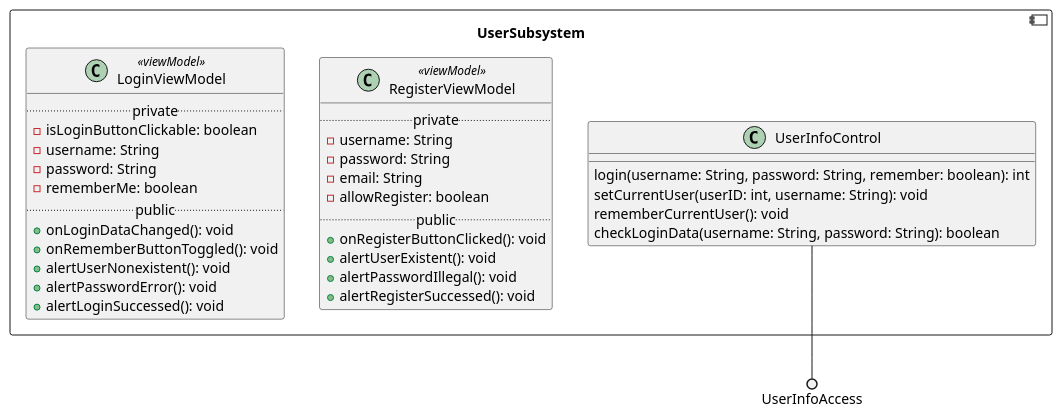
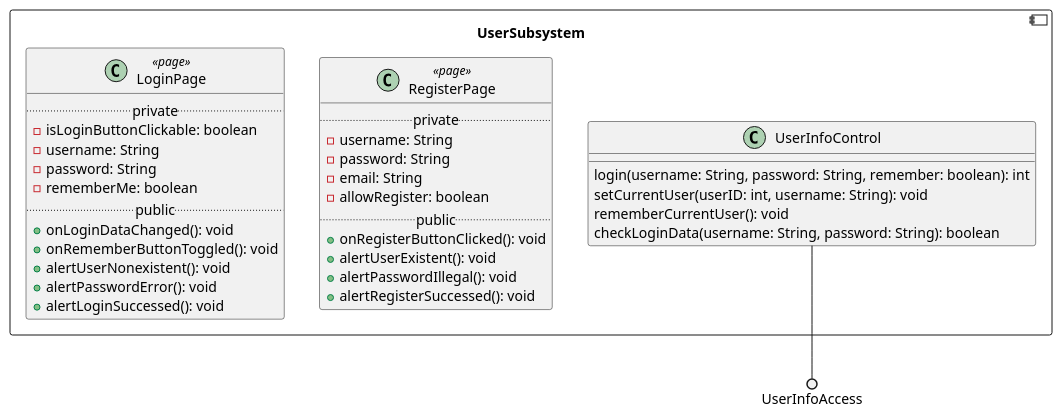
One commit to kpp19920121/doc changed the third of 20 diagrams in 设计/软件架构文档.md. Above: the diagram before and after it, drawn with PlantUML. The commit also changed other lines of this file and 1 other file, not shown here.

````diff
--- a/设计/软件架构文档.md
+++ b/设计/软件架构文档.md
@@ -233,42 +222,42 @@
 ```PlantUML
 @startuml Diagrams/UserSubsystemClassDiagram
 
 component UserSubsystem {
 
     class UserInfoControl {
         login(username: String, password: String, remember: boolean): int
         setCurrentUser(userID: int, username: String): void
         rememberCurrentUser(): void
         checkLoginData(username: String, password: String): boolean
         }
 
-    class RegisterViewModel <<viewModel>> {
+    class RegisterPage <<page>> {
         ..private..
         - username: String
         - password: String
         - email: String
         - allowRegister: boolean
         ..public..
         + onRegisterButtonClicked(): void
         + alertUserExistent(): void
         + alertPasswordIllegal(): void
         + alertRegisterSuccessed(): void
     }
 
-    class LoginViewModel <<viewModel>> {
+    class LoginPage <<page>> {
         ..private..
         - isLoginButtonClickable: boolean
         - username: String
         - password: String
         - rememberMe: boolean
         ..public..
         + onLoginDataChanged(): void
         + onRememberButtonToggled(): void
         + alertUserNonexistent(): void
         + alertPasswordError(): void
         + alertLoginSuccessed(): void
     }
 }
 UserInfoControl --() UserInfoAccess
 @enduml
 ```
````
